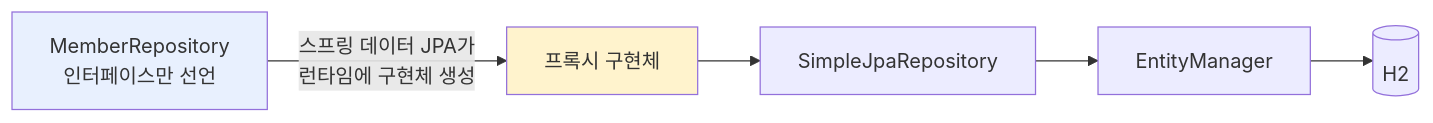
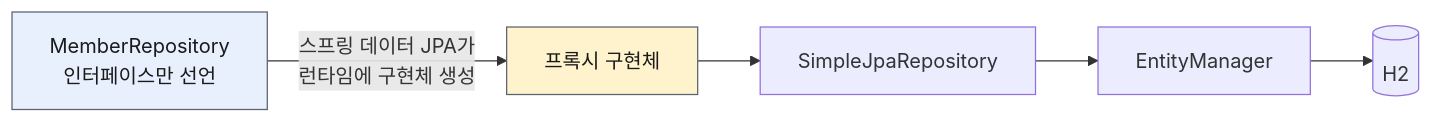
The second of 2 diagrams in study/SpringDataJPA/docs/1. 프로젝트 환경설정.md (titianfall/JPA), drawn with Mermaid before and after one commit. The commit also changed other lines of this file and 24 other files, not shown here.

````diff
--- a/study/SpringDataJPA/docs/1. 프로젝트 환경설정.md
+++ b/study/SpringDataJPA/docs/1. 프로젝트 환경설정.md
@@ -392,9 +400,9 @@
 ```mermaid
 flowchart LR
     A[MemberRepository<br/>인터페이스만 선언] -->|스프링 데이터 JPA가<br/>런타임에 구현체 생성| B[프록시 구현체]
     B --> C[SimpleJpaRepository]
     C --> D[EntityManager]
     D --> E[(H2)]
-    style A fill:#e8f0fe
-    style B fill:#fff3cd
+    style A fill:#e8f0fe,color:#1a1a1a,stroke:#5a6270,stroke-width:1px
+    style B fill:#fff3cd,color:#1a1a1a,stroke:#5a6270,stroke-width:1px
 ```
````
